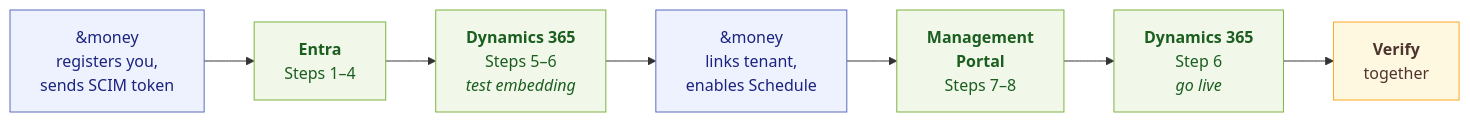
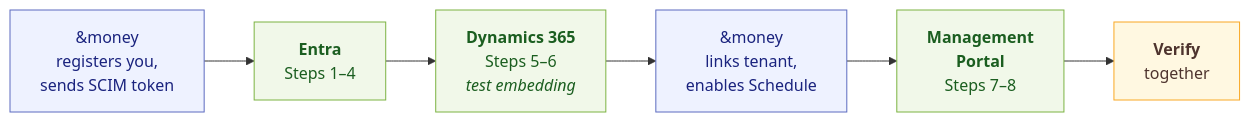
The diagram in _schedule/onboarding/schedule-on-dynamics.md (andmoneyaps/docs), drawn with Mermaid before and after one commit.

Commit message:
docs(schedule): drop the go-live step from the onboarding flowchart

````diff
--- a/_schedule/onboarding/schedule-on-dynamics.md
+++ b/_schedule/onboarding/schedule-on-dynamics.md
@@ -39,19 +39,18 @@
 ```mermaid
 flowchart LR
     M1["#38;money<br/>registers you,<br/>sends SCIM token"]
     E["<b>Entra</b><br/>Steps 1–4"]
     D1["<b>Dynamics 365</b><br/>Steps 5–6<br/><i>test embedding</i>"]
     M2["#38;money<br/>links tenant,<br/>enables Schedule"]
     P["<b>Management<br/>Portal</b><br/>Steps 7–8"]
-    D2["<b>Dynamics 365</b><br/>Step 6<br/><i>go live</i>"]
     V["<b>Verify</b><br/>together"]
 
-    M1 --> E --> D1 --> M2 --> P --> D2 --> V
+    M1 --> E --> D1 --> M2 --> P --> V
 
     classDef money fill:#eef2ff,stroke:#5c6bc0,color:#1a237e
     classDef you fill:#f1f8e9,stroke:#7cb342,color:#1b5e20
     classDef together fill:#fff8e1,stroke:#f9a825,color:#4e342e
     class M1,M2 money
-    class E,D1,P,D2 you
+    class E,D1,P you
     class V together
 ```
````
